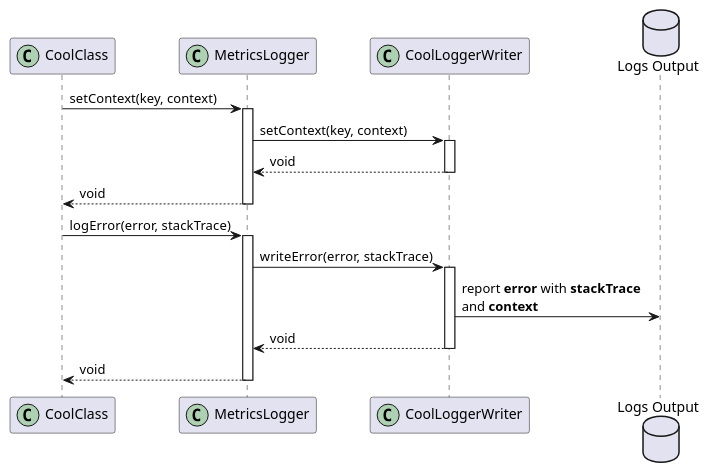
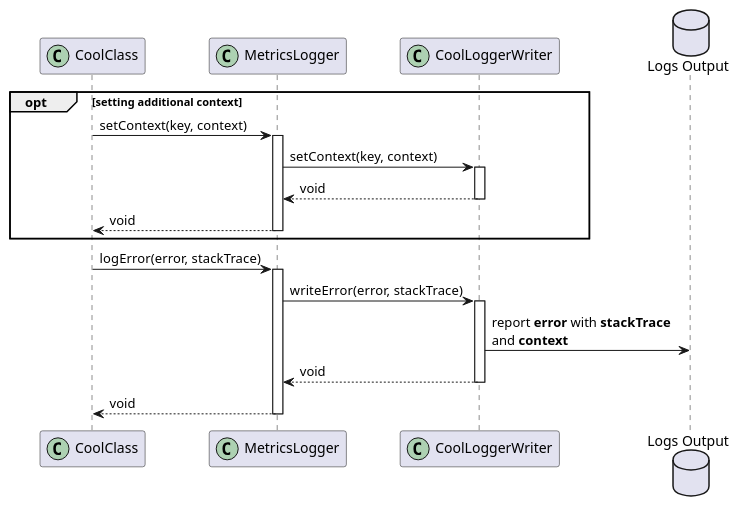
The diagram in metrics/web/docs/features/metrics_logger/diagrams/metrics_logger_log_error_sequence_diagram.puml (Flank/flank-dashboard), drawn with PlantUML before and after one commit. The commit also changed 3 other files, not shown here.

```diff
--- a/metrics/web/docs/features/metrics_logger/diagrams/metrics_logger_log_error_sequence_diagram.puml
+++ b/metrics/web/docs/features/metrics_logger/diagrams/metrics_logger_log_error_sequence_diagram.puml
@@ -1,29 +1,30 @@
 @startuml metrics_logger_log_error_sequence_diagram
     skinparam ParticipantPadding 20
     skinparam BoxPadding 10
     
     participant CoolClass << (C,#ADD1B2) >>
     participant MetricsLogger << (C,#ADD1B2) >>
     participant CoolLoggerWriter << (C,#ADD1B2) >>
     database "Logs Output" as Logs
 
-    CoolClass -> MetricsLogger : setContext(key, context)
-    activate MetricsLogger
-    
-    MetricsLogger -> CoolLoggerWriter : setContext(key, context)
-    activate CoolLoggerWriter
+    opt setting additional context
+        CoolClass -> MetricsLogger : setContext(key, context)
+        activate MetricsLogger
+        MetricsLogger -> CoolLoggerWriter : setContext(key, context)
+        activate CoolLoggerWriter
 
-    return void 
-    return void
+        return void 
+        return void
+    end
 
     CoolClass -> MetricsLogger : logError(error, stackTrace)
     activate MetricsLogger
     
     MetricsLogger -> CoolLoggerWriter : writeError(error, stackTrace)
     activate CoolLoggerWriter
 
     CoolLoggerWriter -> Logs : report **error** with **stackTrace** \nand **context**
 
     return void 
     return void
 @enduml
```
